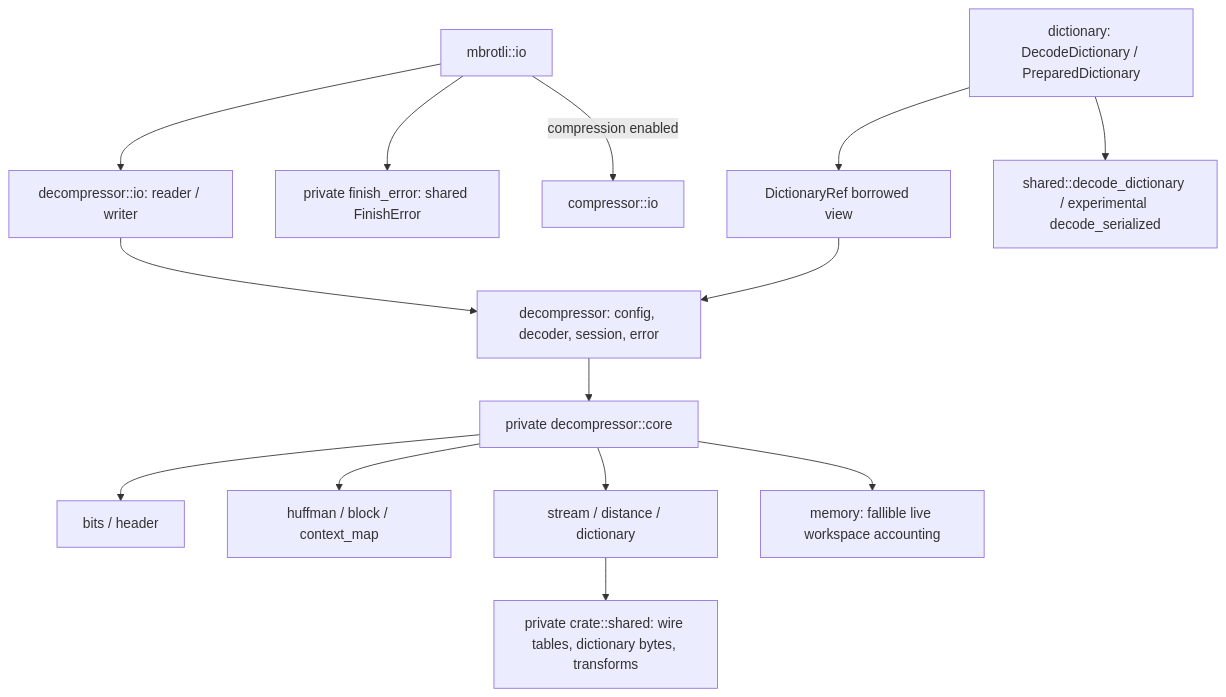
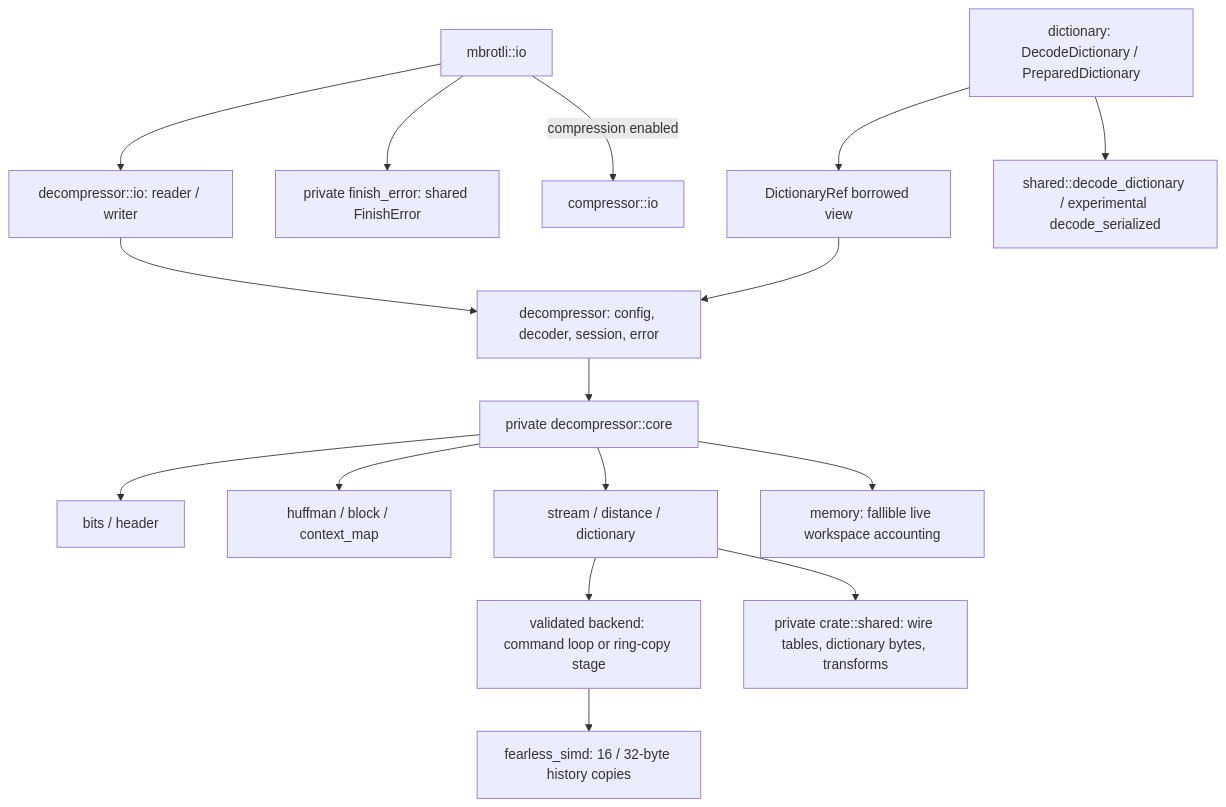
One commit to Mnwa/mbrotli changed the first of 8 diagrams in architecture/decompressor.md. Above: the diagram before and after it, drawn with Mermaid. The commit also changed other lines of this file and 9 other files, not shown here.

````diff
--- a/architecture/decompressor.md
+++ b/architecture/decompressor.md
@@ -13,16 +13,18 @@
 ```mermaid
 graph TD
     API[decompressor: config, decoder, session, error] --> Core[private decompressor::core]
     IO[decompressor::io: reader / writer] --> API
     Facade[mbrotli::io] --> IO
     Facade --> Finish[private finish_error: shared FinishError]
     Facade -->|compression enabled| EncoderIO[compressor::io]
     Core --> Bits[bits / header]
     Core --> Entropy[huffman / block / context_map]
     Core --> Regen[stream / distance / dictionary]
     Core --> Memory[memory: fallible live workspace accounting]
+    Regen --> Dispatch[validated backend: command loop or ring-copy stage]
+    Dispatch --> Copies[fearless_simd: 16 / 32-byte history copies]
     Regen --> Shared[private crate::shared: wire tables, dictionary bytes, transforms]
     Dict[dictionary: DecodeDictionary / PreparedDictionary] --> View[DictionaryRef borrowed view]
     View --> API
     Dict --> Store[shared::decode_dictionary / experimental decode_serialized]
 ```
````
